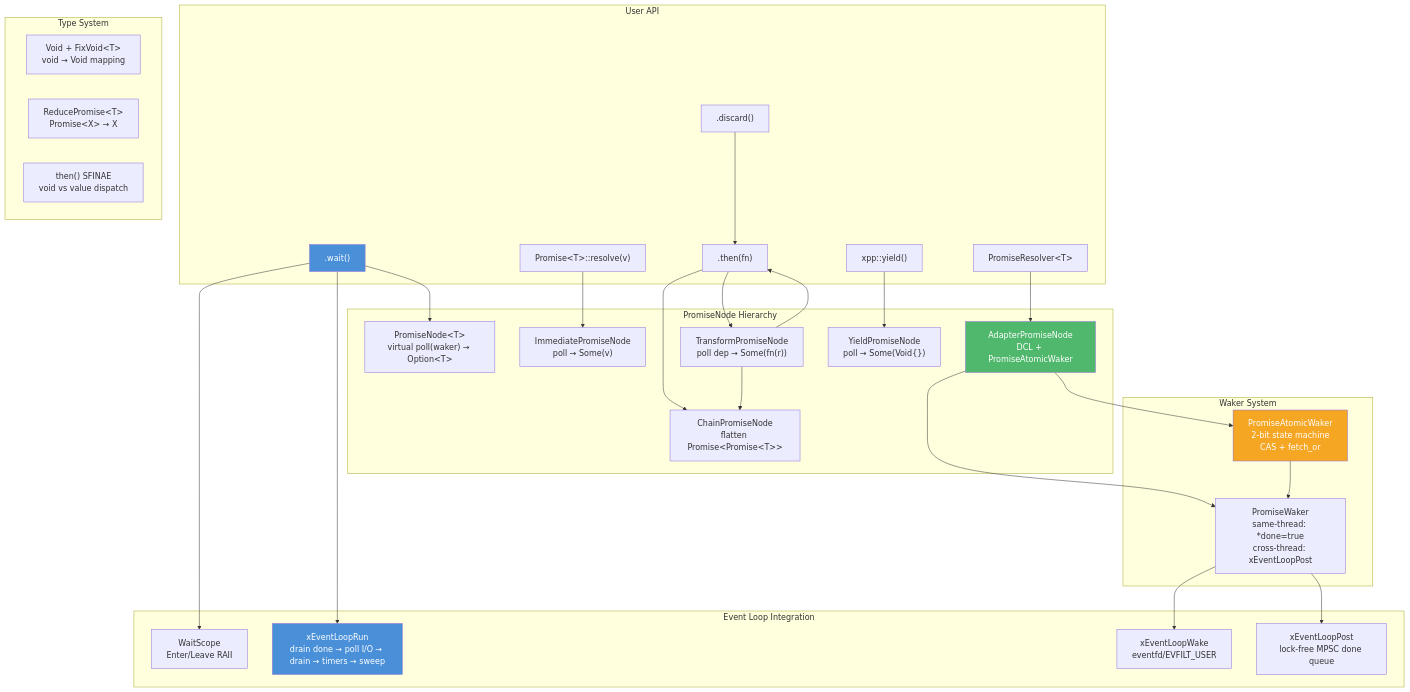
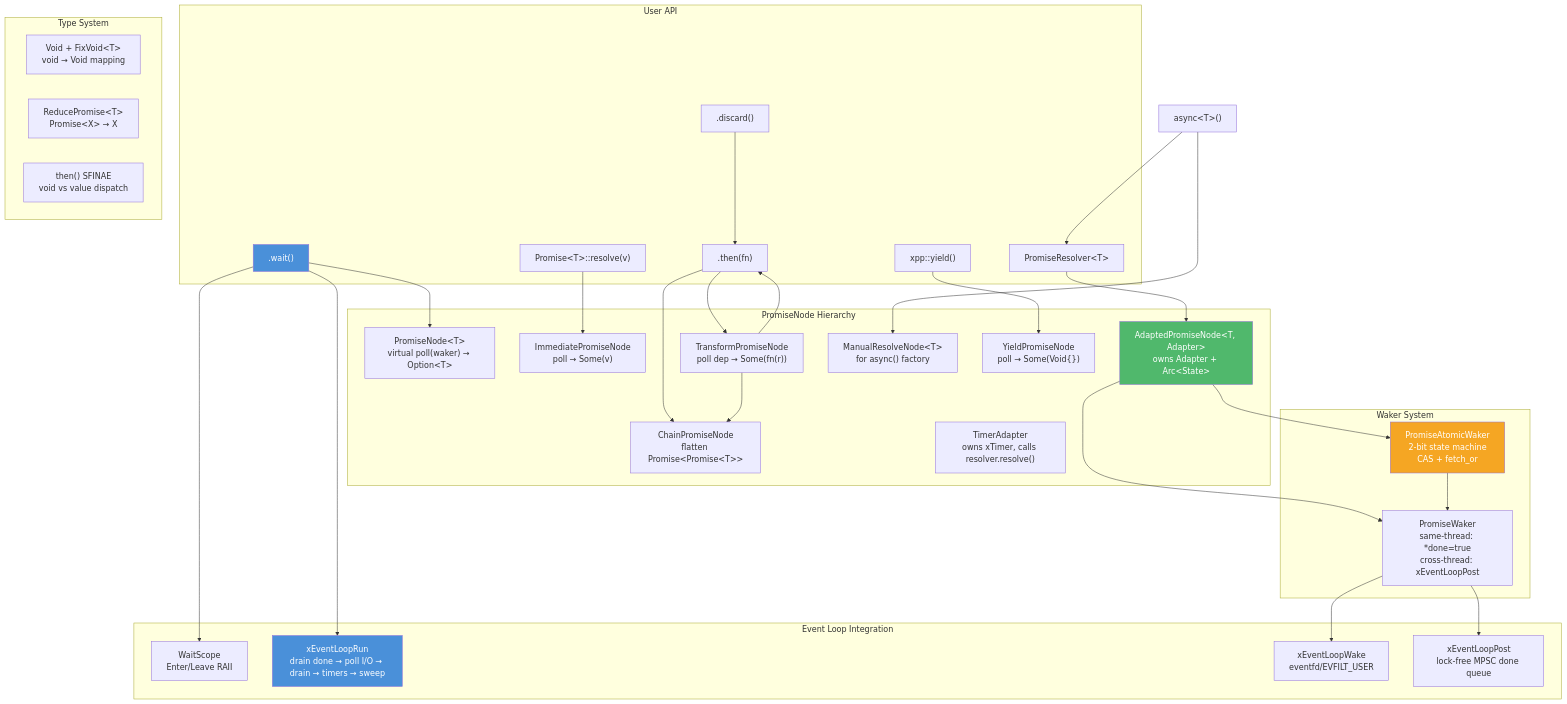
One commit to mivinci/x changed the first of 2 diagrams in docs/libxpp/promise.md. Above: the diagram before and after it, drawn with Mermaid. The commit also changed other lines of this file and 14 other files, not shown here.

````diff
--- a/docs/libxpp/promise.md
+++ b/docs/libxpp/promise.md
@@ -30,62 +31,66 @@
 ```mermaid
 graph TD
     subgraph "User API"
         PR["Promise&lt;T&gt;::resolve(v)"]
         CHAIN[".then(fn)"]
         WAIT[".wait()"]
         PRR["PromiseResolver&lt;T&gt;"]
         YIELD["xpp::yield()"]
         DISCARD[".discard()"]
     end
 
     subgraph "PromiseNode Hierarchy"
         BASE["PromiseNode&lt;T&gt;<br/>virtual poll(waker) → Option&lt;T&gt;"]
         IMM["ImmediatePromiseNode<br/>poll → Some(v)"]
         TRANS["TransformPromiseNode<br/>poll dep → Some(fn(r))"]
         CHAINP["ChainPromiseNode<br/>flatten Promise&lt;Promise&lt;T&gt;&gt;"]
-        ADAPT["AdapterPromiseNode<br/>DCL + PromiseAtomicWaker"]
+        ADAPT["AdaptedPromiseNode&lt;T, Adapter&gt;<br/>owns Adapter + Arc&lt;State&gt;"]
+        MANUAL["ManualResolveNode&lt;T&gt;<br/>for async() factory"]
         YIELD_N["YieldPromiseNode<br/>poll → Some(Void{})"]
+        TIMER_A["TimerAdapter<br/>owns xTimer, calls resolver.resolve()"]
     end
 
     subgraph "Waker System"
         PW["PromiseWaker<br/>same-thread: *done=true<br/>cross-thread: xEventLoopPost"]
         AW["PromiseAtomicWaker<br/>2-bit state machine<br/>CAS + fetch_or"]
     end
 
     subgraph "Event Loop Integration"
         WAIT_SCOPE["WaitScope<br/>Enter/Leave RAII"]
         RUN["xEventLoopRun<br/>drain done → poll I/O → drain → timers → sweep"]
         WAKE["xEventLoopWake<br/>eventfd/EVFILT_USER"]
         POST["xEventLoopPost<br/>lock-free MPSC done queue"]
     end
 
     subgraph "Type System"
         VOID["Void + FixVoid&lt;T&gt;<br/>void → Void mapping"]
         REDUCE["ReducePromise&lt;T&gt;<br/>Promise&lt;X&gt; → X"]
         SFINAE["then() SFINAE<br/>void vs value dispatch"]
     end
 
     PR --> IMM
     YIELD --> YIELD_N
     CHAIN --> TRANS
     CHAIN --> CHAINP
+    ASYNC["async&lt;T&gt;()"] --> MANUAL
+    ASYNC --> PRR
     PRR --> ADAPT
     WAIT --> BASE
     DISCARD --> CHAIN
 
     ADAPT --> AW
     ADAPT --> PW
     WAIT --> WAIT_SCOPE
     WAIT --> RUN
     PW --> POST
     PW --> WAKE
     AW --> PW
 
     TRANS --> CHAIN
     TRANS --> CHAINP
 
     style WAIT fill:#4a90d9,color:#fff
     style ADAPT fill:#50b86c,color:#fff
     style AW fill:#f5a623,color:#fff
     style RUN fill:#4a90d9,color:#fff
 ```
````
